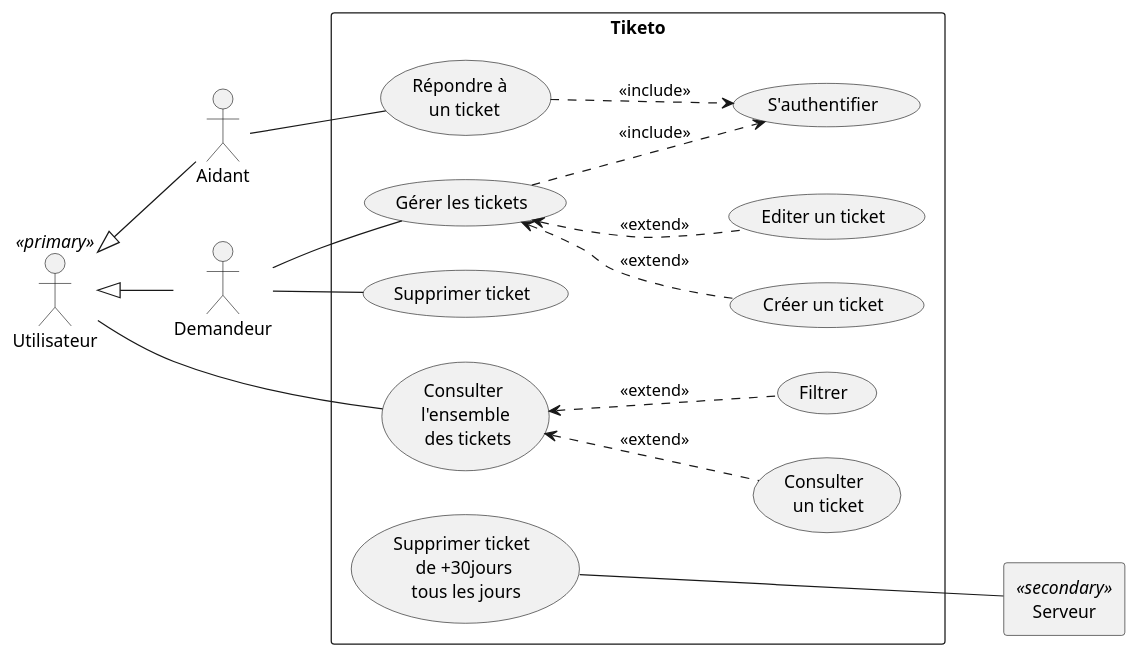
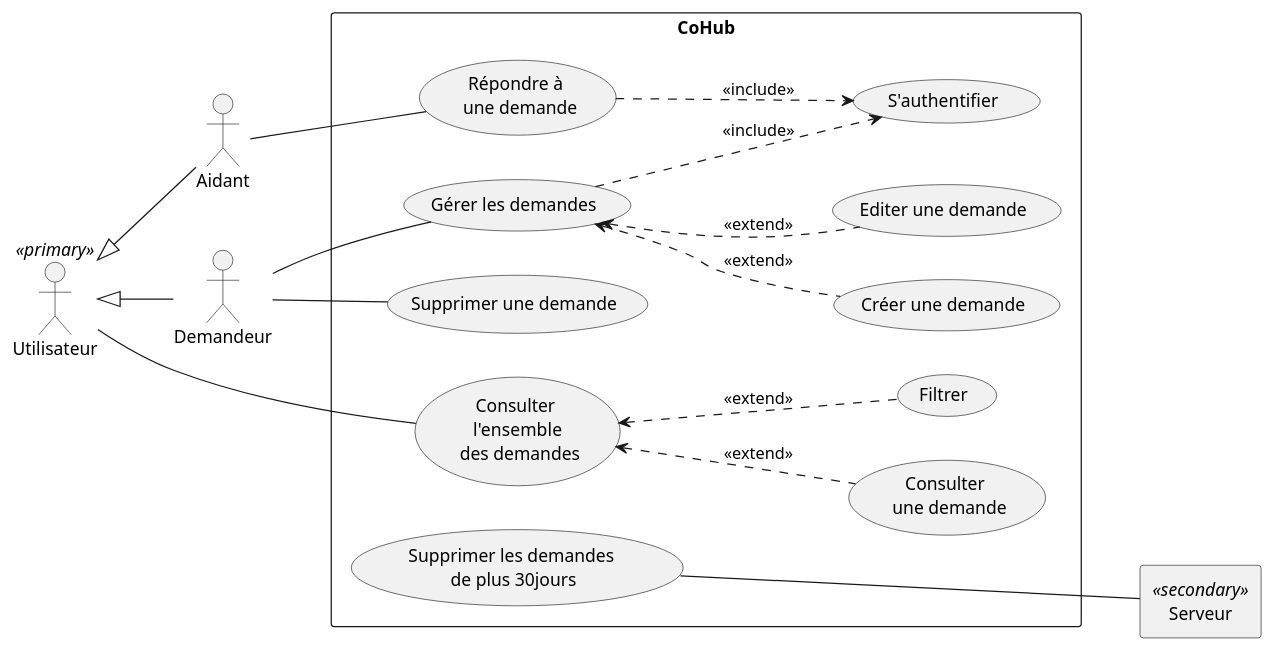
The diagram in docs/UML/cas utilisation.puml (dorianleveque/CoHub), drawn with PlantUML before and after one commit.

Commit message:
Update cas utilisation.puml changement de nom

```diff
--- a/docs/UML/cas utilisation.puml
+++ b/docs/UML/cas utilisation.puml
@@ -1,38 +1,38 @@
-@startuml cas d'utilisation
+@startuml
 left to right direction
 actor Utilisateur as "Utilisateur" <<primary>>
 actor Aidant
 actor Demandeur
 agent Serveur as "Serveur" <<secondary>>
 
 Utilisateur <|-- Aidant
 Utilisateur <|-- Demandeur
 
-rectangle "Tiketo" {
-    usecase UC1 as "Consulter \n l'ensemble \n des tickets"
-    usecase UC2 as "Consulter \n un ticket"
+rectangle "CoHub" {
+    usecase UC1 as "Consulter \n l'ensemble \n des demandes"
+    usecase UC2 as "Consulter \n une demande"
     usecase UC3 as "Filtrer"
-    usecase UC4 as "Gérer les tickets"
-    usecase UC5 as "Créer un ticket"
-    usecase UC6 as "Editer un ticket"
-    usecase UC7 as "Répondre à \n un ticket"
+    usecase UC4 as "Gérer les demandes"
+    usecase UC5 as "Créer une demande"
+    usecase UC6 as "Editer une demande"
+    usecase UC7 as "Répondre à \n une demande"
     usecase UC8 as "S'authentifier"
-    usecase UC9 as "Supprimer ticket"
-    usecase UC10 as "Supprimer ticket \n de +30jours \n tous les jours" 
+    usecase UC9 as "Supprimer une demande"
+    usecase UC10 as "Supprimer les demandes \n de plus 30jours " 
 
     Utilisateur -- (UC1)
     UC1 <.. UC2 : <<extend>>
     UC1 <.. UC3 : <<extend>>
 
     Demandeur -- UC4
     Demandeur -- UC9
     UC4 ..> UC8 : <<include>>
     UC4 <.. UC5 : <<extend>>
     UC4 <.. UC6 : <<extend>>
 
     Aidant -- UC7
     UC7 ..> UC8 : <<include>>
 
     UC10 --- Serveur
 }
 @enduml
```
